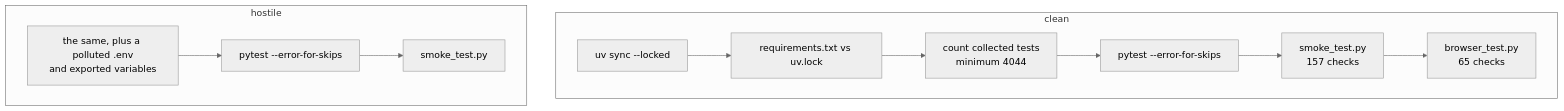
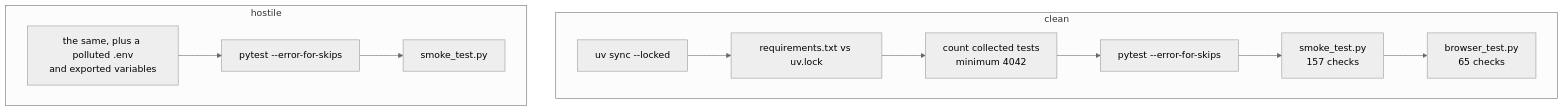
Before and after one commit to IAMN1/link-shortener: the diagram in docs/testing.md, drawn with Mermaid (neutral theme). The commit also changed other lines of this file and 9 other files, not shown here.

````diff
--- a/docs/testing.md
+++ b/docs/testing.md
@@ -409,12 +409,12 @@
 ```mermaid
 flowchart TD
     subgraph clean["clean"]
         C1[uv sync --locked] --> C2[requirements.txt vs uv.lock]
-        C2 --> C3[count collected tests<br/>minimum 4044] --> C4[pytest --error-for-skips]
+        C2 --> C3[count collected tests<br/>minimum 4042] --> C4[pytest --error-for-skips]
         C4 --> C5[smoke_test.py<br/>157 checks] --> C6[browser_test.py<br/>65 checks]
     end
     subgraph hostile["hostile"]
         H1[the same, plus a polluted .env<br/>and exported variables] --> H2[pytest --error-for-skips]
         H2 --> H3[smoke_test.py]
     end
 ```
````
